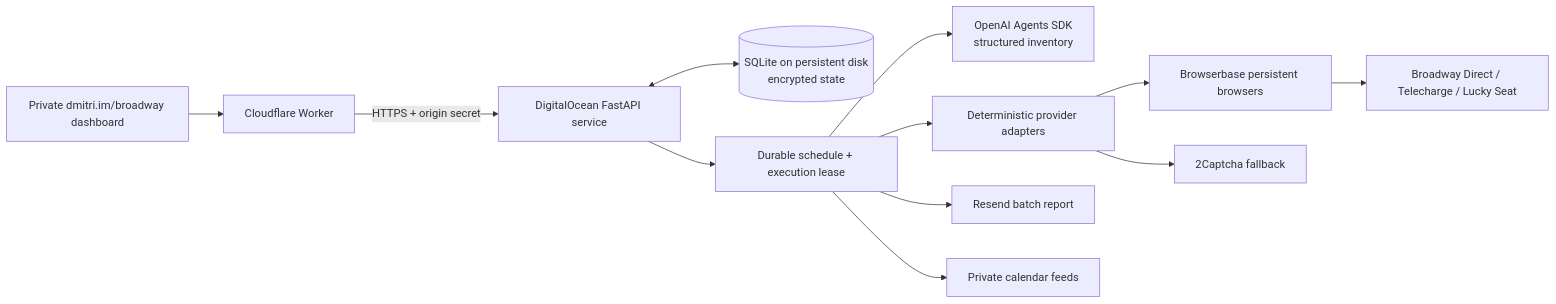
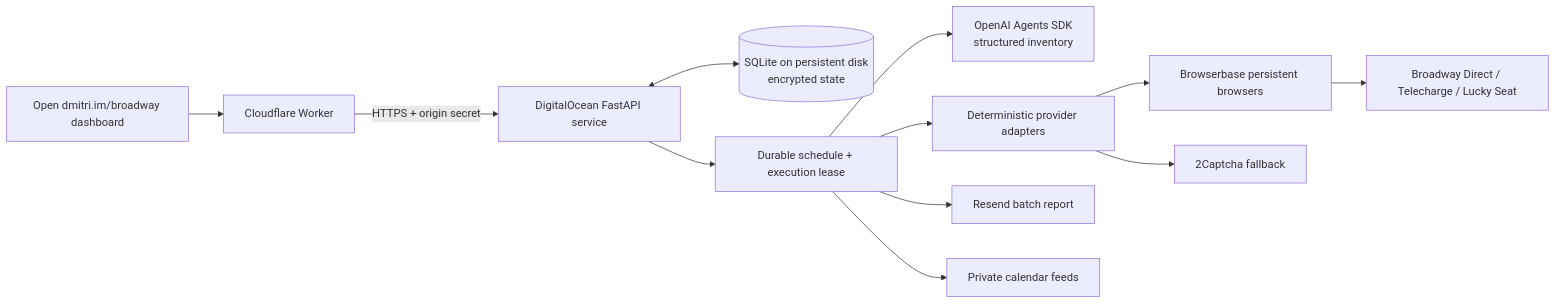
The diagram in services/broadway/ARCHITECTURE.md (dmirakyan/dmitri_lander_2026), drawn with Mermaid before and after one commit. The commit also changed other lines of this file and 4 other files, not shown here.

Commit message:
Open Broadway status page and add passwordless owner access

````diff
--- a/services/broadway/ARCHITECTURE.md
+++ b/services/broadway/ARCHITECTURE.md
@@ -5,14 +5,14 @@
 ```mermaid
 flowchart LR
-  U[Private dmitri.im/broadway dashboard] --> C[Cloudflare Worker]
+  U[Open dmitri.im/broadway dashboard] --> C[Cloudflare Worker]
   C -->|HTTPS + origin secret| A[DigitalOcean FastAPI service]
   A <--> D[(SQLite on persistent disk\nencrypted state)]
   A --> Q[Durable schedule + execution lease]
   Q --> G[OpenAI Agents SDK\nstructured inventory]
   Q --> P[Deterministic provider adapters]
   P --> B[Browserbase persistent browsers]
   B --> L[Broadway Direct / Telecharge / Lucky Seat]
   P --> X[2Captcha fallback]
   Q --> R[Resend batch report]
   Q --> I[Private calendar feeds]
 ```
````
